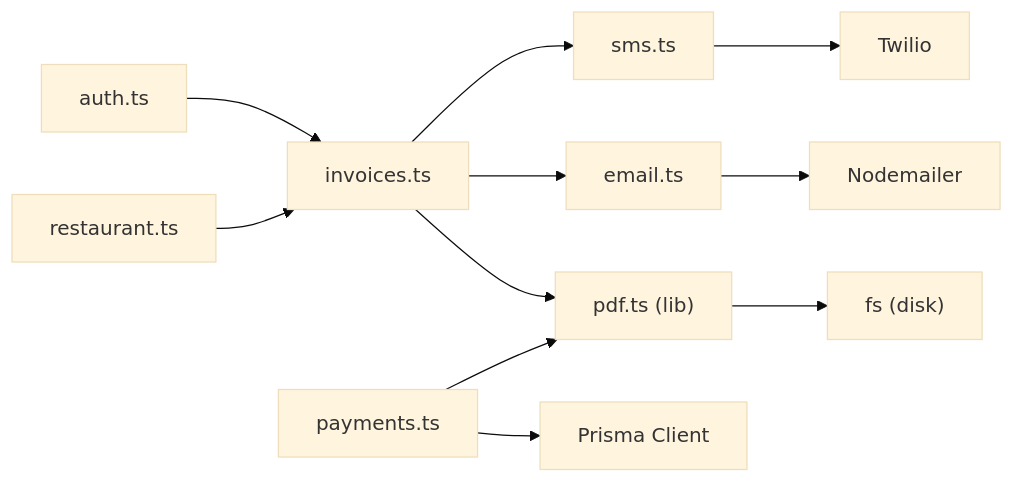
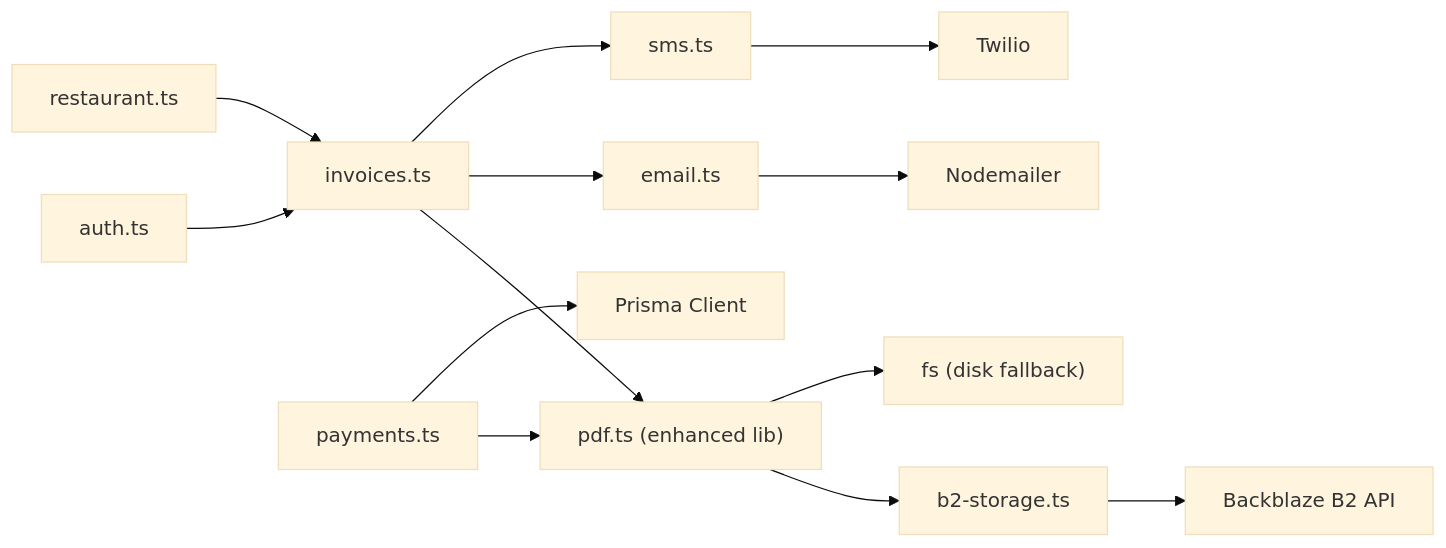
The tenth of 10 diagrams in .qoder/repowiki/en/content/Document Generation/Document Generation.md (Dequeue-Tech/DeQ-Bite), drawn with Mermaid (base theme) before and after one commit. The commit also changed other lines of this file and 8 other files, not shown here.

````diff
--- a/.qoder/repowiki/en/content/Document Generation/Document Generation.md
+++ b/.qoder/repowiki/en/content/Document Generation/Document Generation.md
@@ -418,13 +456,15 @@
 ```mermaid
 graph LR
 AUTH["auth.ts"] --> INV["invoices.ts"]
 REST["restaurant.ts"] --> INV
-INV --> PDFLIB["pdf.ts (lib)"]
+INV --> PDFLIB["pdf.ts (enhanced lib)"]
 INV --> EMAIL["email.ts"]
 INV --> SMS["sms.ts"]
 PAY["payments.ts"] --> PDFLIB
 PAY --> DB["Prisma Client"]
-PDFLIB --> FS["fs (disk)"]
+PDFLIB --> B2["b2-storage.ts"]
+PDFLIB --> FS["fs (disk fallback)"]
 EMAIL --> NODMAIL["Nodemailer"]
 SMS --> TWIL["Twilio"]
+B2 --> BACKBLAZE["Backblaze B2 API"]
 ```
````
